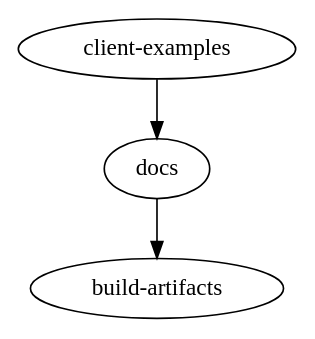
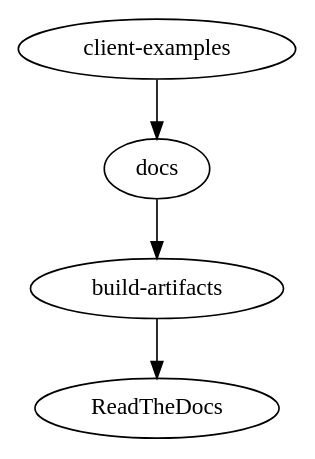
Before and after one commit to BI-Beacon/docs: the diagram in docs/devguide.rst, drawn with Graphviz. The commit also changed other lines of this file, not shown here.

Commit message:
clarify readthedocs role in docs building

```diff
--- a/docs/devguide.rst
+++ b/docs/devguide.rst
@@ -26,11 +26,13 @@
 .. graphviz::
 
     digraph docs_build_pipeline {
 
         client_examples [ label="client-examples" ]
         build_artifacts [ label="build-artifacts" ]
         docs            [ label="docs"]
+        readthedocs     [ label="ReadTheDocs" ]
 
         client_examples -> docs
         docs -> build_artifacts
+        build_artifacts -> readthedocs
     }
```
